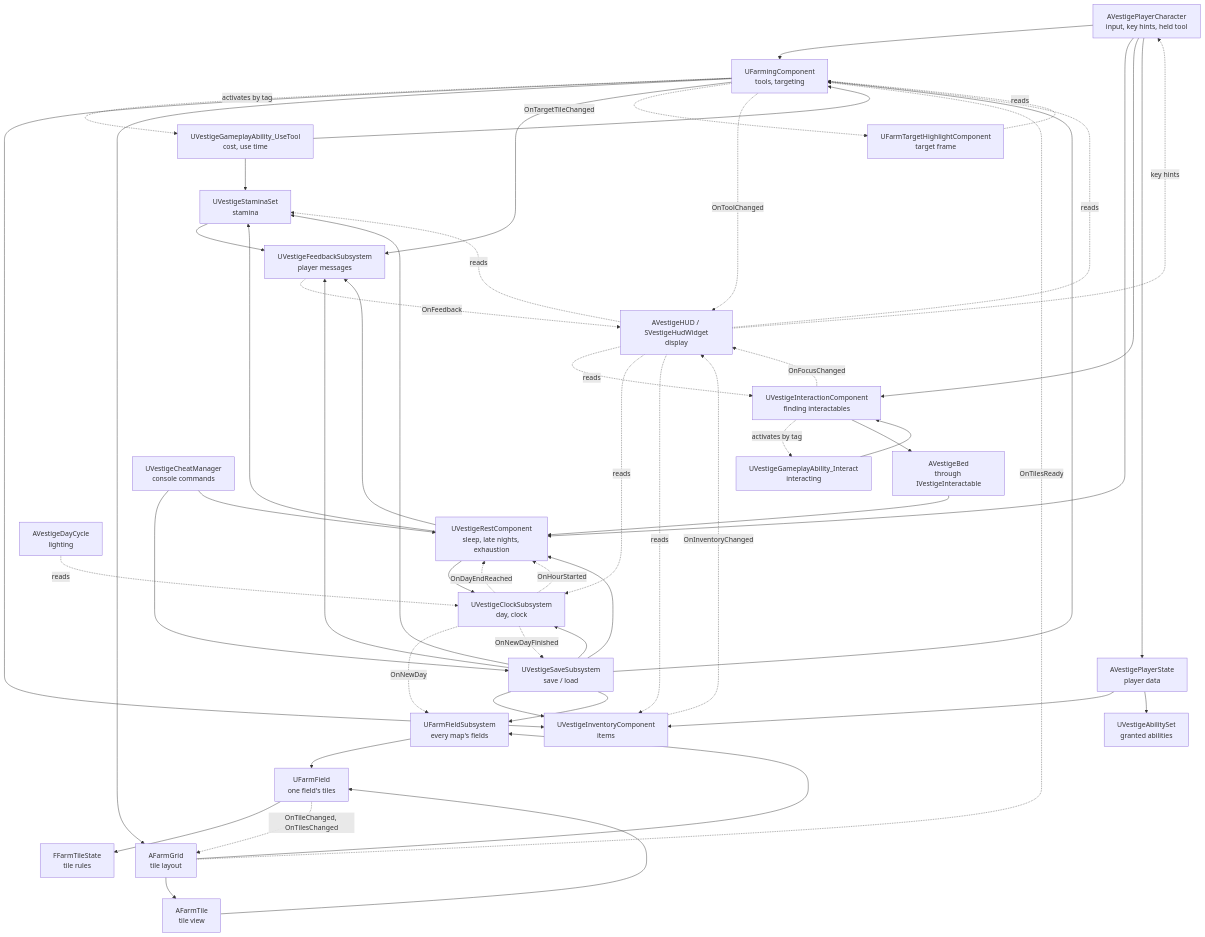
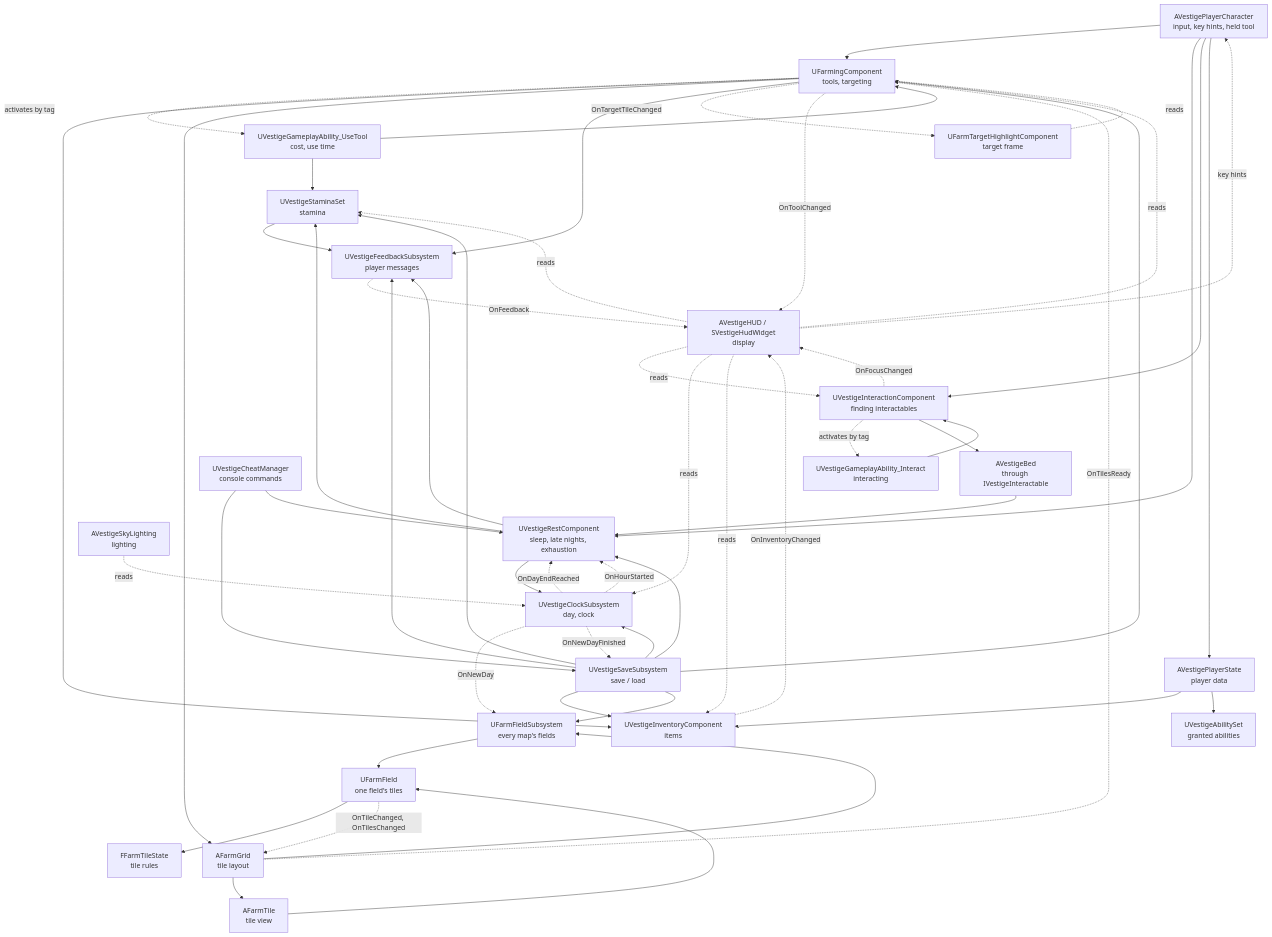
The first of 2 diagrams in Docs/Architecture.md (DunderGG/ProjectVestige), drawn with Mermaid before and after one commit. The commit also changed other lines of this file and 8 other files, not shown here.

First line of the commit message:
Rename the day cycle to sky lighting

````diff
--- a/Docs/Architecture.md
+++ b/Docs/Architecture.md
@@ -419,56 +419,56 @@
 ```mermaid
 flowchart TD
     Input[AVestigePlayerCharacter<br/>input, key hints, held tool] --> Farming[UFarmingComponent<br/>tools, targeting]
     Input --> Rest[UVestigeRestComponent<br/>sleep, late nights, exhaustion]
     Input --> Interaction[UVestigeInteractionComponent<br/>finding interactables]
     Interaction -. activates by tag .-> Interact[UVestigeGameplayAbility_Interact<br/>interacting]
     Interact --> Interaction
     Interaction --> Bed[AVestigeBed<br/>through IVestigeInteractable]
     Bed --> Rest
     HUD -.reads.-> Interaction
     Interaction -. OnFocusChanged .-> HUD
     Cheats[UVestigeCheatManager<br/>console commands] --> Save
     Cheats --> Rest
     HUD[AVestigeHUD / SVestigeHudWidget<br/>display] -.reads.-> Farming
     HUD -.reads.-> Clock
     HUD -.key hints.-> Input
     HUD -.reads.-> Inventory
     Highlight[UFarmTargetHighlightComponent<br/>target frame] -.reads.-> Farming
     Save[UVestigeSaveSubsystem<br/>save / load] --> Farming
     Save --> Inventory
     Save --> Fields
     PlayerState[AVestigePlayerState<br/>player data] --> Inventory[UVestigeInventoryComponent<br/>items]
     PlayerState --> AbilitySet[UVestigeAbilitySet<br/>granted abilities]
     Input --> PlayerState
     Farming -. activates by tag .-> UseTool[UVestigeGameplayAbility_UseTool<br/>cost, use time]
     UseTool --> Farming
     UseTool --> Stamina[UVestigeStaminaSet<br/>stamina]
     Rest --> Stamina
     Save --> Stamina
     HUD -.reads.-> Stamina
     Stamina --> Feedback
     Farming --> Inventory
     Save --> Clock
     Farming --> Grid[AFarmGrid<br/>tile layout]
     Rest --> Clock[UVestigeClockSubsystem<br/>day, clock]
-    Sky[AVestigeDayCycle<br/>lighting] -.reads.-> Clock
+    Sky[AVestigeSkyLighting<br/>lighting] -.reads.-> Clock
     Grid --> Fields[UFarmFieldSubsystem<br/>every map's fields]
     Grid --> Tile[AFarmTile<br/>tile view]
     Fields --> Field[UFarmField<br/>one field's tiles]
     Tile --> Field
     Field --> TileState[FFarmTileState<br/>tile rules]
     Field -. OnTileChanged, OnTilesChanged .-> Grid
     Farming --> Feedback[UVestigeFeedbackSubsystem<br/>player messages]
     Rest --> Feedback
     Save --> Feedback
     Clock -. OnDayEndReached .-> Rest
     Clock -. OnHourStarted .-> Rest
     Save --> Rest
     Clock -. OnNewDay .-> Fields
     Clock -. OnNewDayFinished .-> Save
     Grid -. OnTilesReady .-> Farming
     Farming -. OnTargetTileChanged .-> Highlight
     Farming -. OnToolChanged .-> HUD
     Inventory -. OnInventoryChanged .-> HUD
     Feedback -. OnFeedback .-> HUD
 ```
````
